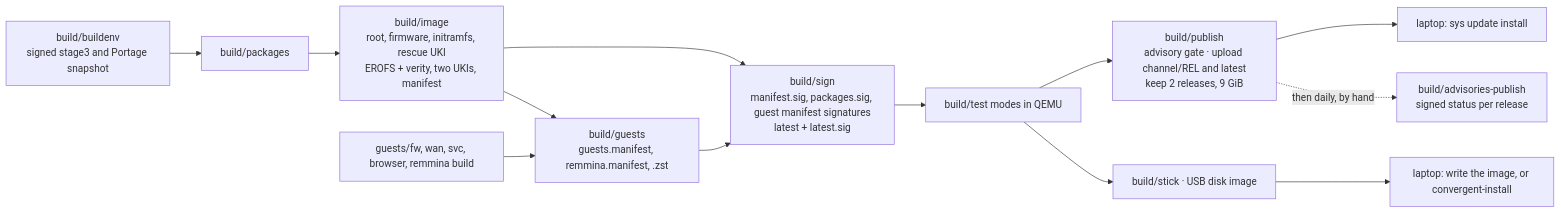
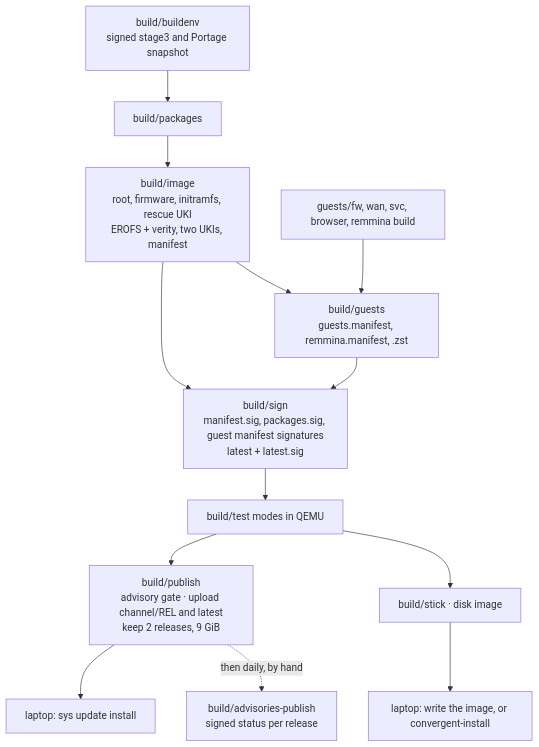
The diagram in BUILD.md (svkadmin/convergent), drawn with Mermaid before and after one commit.

Commit message:
docs: the BUILD pipeline diagram runs top-down, readable at page width

````diff
--- a/BUILD.md
+++ b/BUILD.md
@@ -8,22 +8,22 @@
 ```mermaid
-flowchart LR
+flowchart TD
   E["build/buildenv<br/>signed stage3 and Portage snapshot"]
   P["build/packages"]
   I["build/image<br/>root, firmware, initramfs, rescue UKI<br/>EROFS + verity, two UKIs, manifest"]
   G["guests/fw, wan, svc, browser, remmina build"]
   GM["build/guests<br/>guests.manifest, remmina.manifest, .zst"]
   S["build/sign<br/>manifest.sig, packages.sig, guest manifest signatures<br/>latest + latest.sig"]
   T["build/test modes in QEMU"]
   PU["build/publish<br/>advisory gate · upload channel/REL and latest<br/>keep 2 releases, 9 GiB"]
-  ST["build/stick · USB disk image"]
+  ST["build/stick · disk image"]
   L["laptop: sys update install"]
   N["laptop: write the image, or convergent-install"]
   A["build/advisories-publish<br/>signed status per release"]
   E --> P --> I --> S
   G --> GM --> S
   I --> GM
   S --> T
   T --> PU --> L
   T --> ST --> N
   PU -.->|"then daily, by hand"| A
 ```
````
